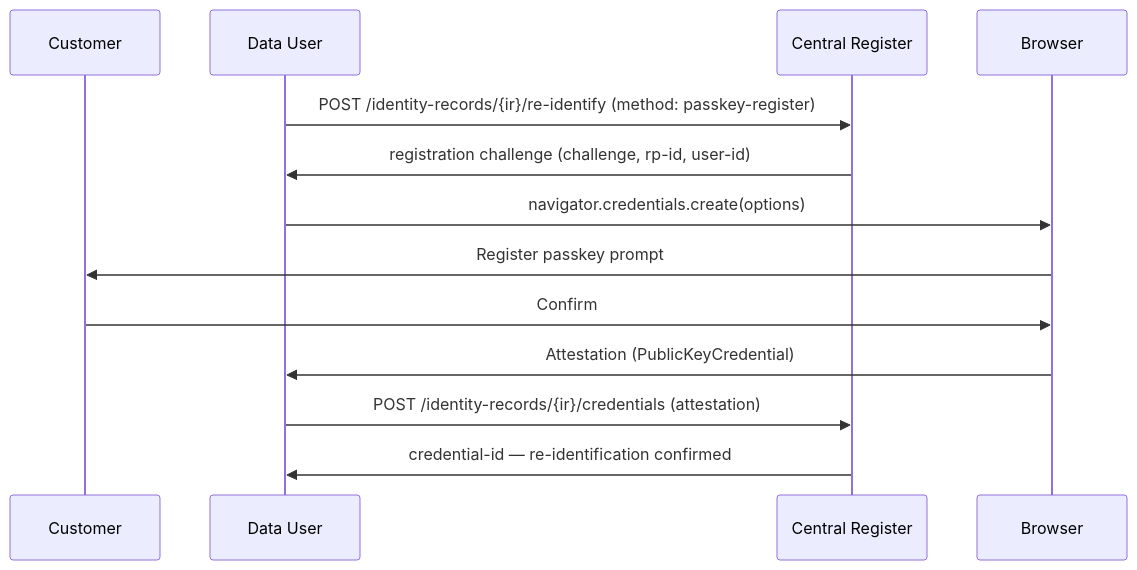
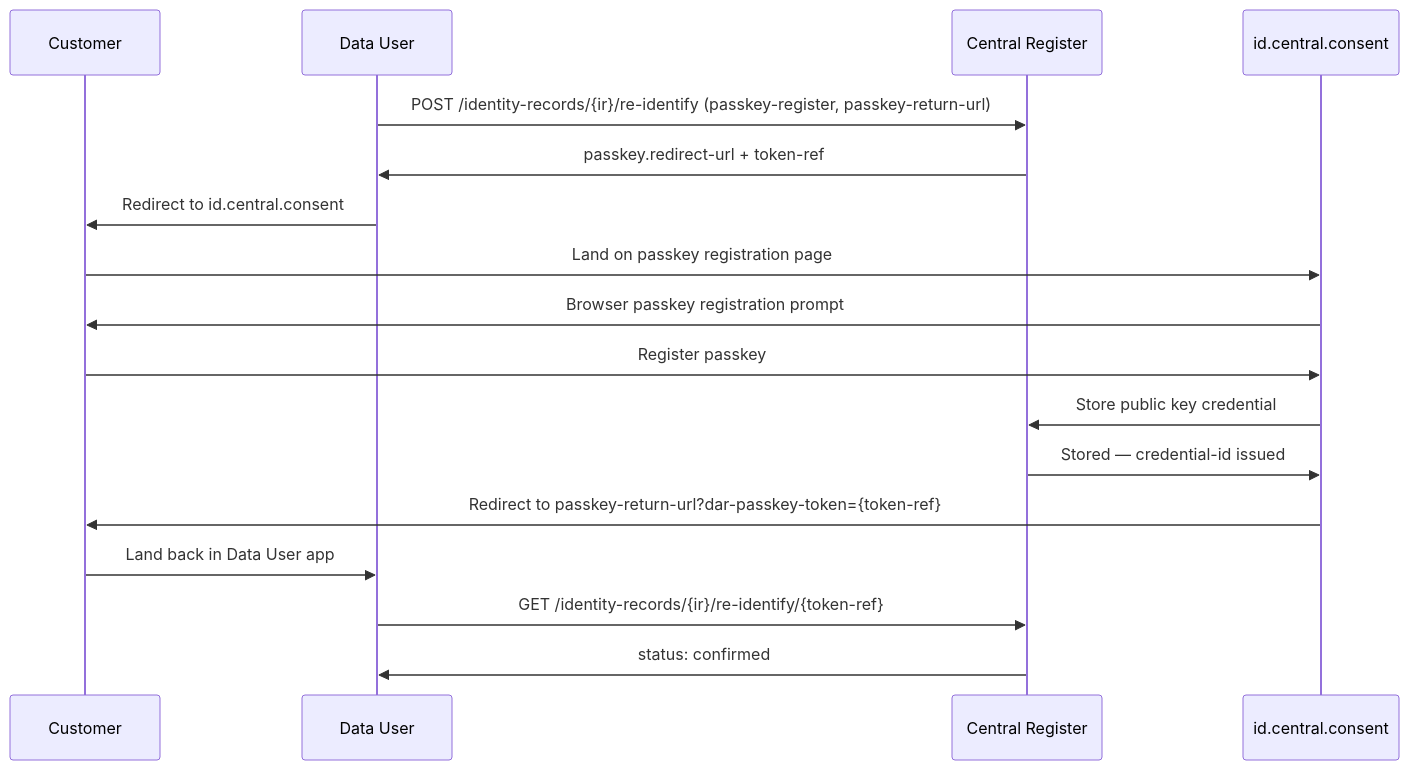
The fifth of 5 diagrams in docs/identity-guide.mdx (AuthEnergy/dar), drawn with Mermaid before and after one commit. The commit also changed other lines of this file and 3 other files, not shown here.

````diff
--- a/docs/identity-guide.mdx
+++ b/docs/identity-guide.mdx
@@ -150,16 +157,20 @@
 ```mermaid
 sequenceDiagram
     participant Customer
     participant DU as Data User
     participant CR as Central Register
-    participant Browser
+    participant ID as id.central.consent
 
-    DU->>CR: POST /identity-records/{ir}/re-identify (method: passkey-register)
-    CR->>DU: registration challenge (challenge, rp-id, user-id)
-    DU->>Browser: navigator.credentials.create(options)
-    Browser->>Customer: Register passkey prompt
-    Customer->>Browser: Confirm
-    Browser->>DU: Attestation (PublicKeyCredential)
-    DU->>CR: POST /identity-records/{ir}/credentials (attestation)
-    CR->>DU: credential-id — re-identification confirmed
+    DU->>CR: POST /identity-records/{ir}/re-identify (passkey-register, passkey-return-url)
+    CR->>DU: passkey.redirect-url + token-ref
+    DU->>Customer: Redirect to id.central.consent
+    Customer->>ID: Land on passkey registration page
+    ID->>Customer: Browser passkey registration prompt
+    Customer->>ID: Register passkey
+    ID->>CR: Store public key credential
+    CR->>ID: Stored — credential-id issued
+    ID->>Customer: Redirect to passkey-return-url?dar-passkey-token={token-ref}
+    Customer->>DU: Land back in Data User app
+    DU->>CR: GET /identity-records/{ir}/re-identify/{token-ref}
+    CR->>DU: status: confirmed
 ```
````
